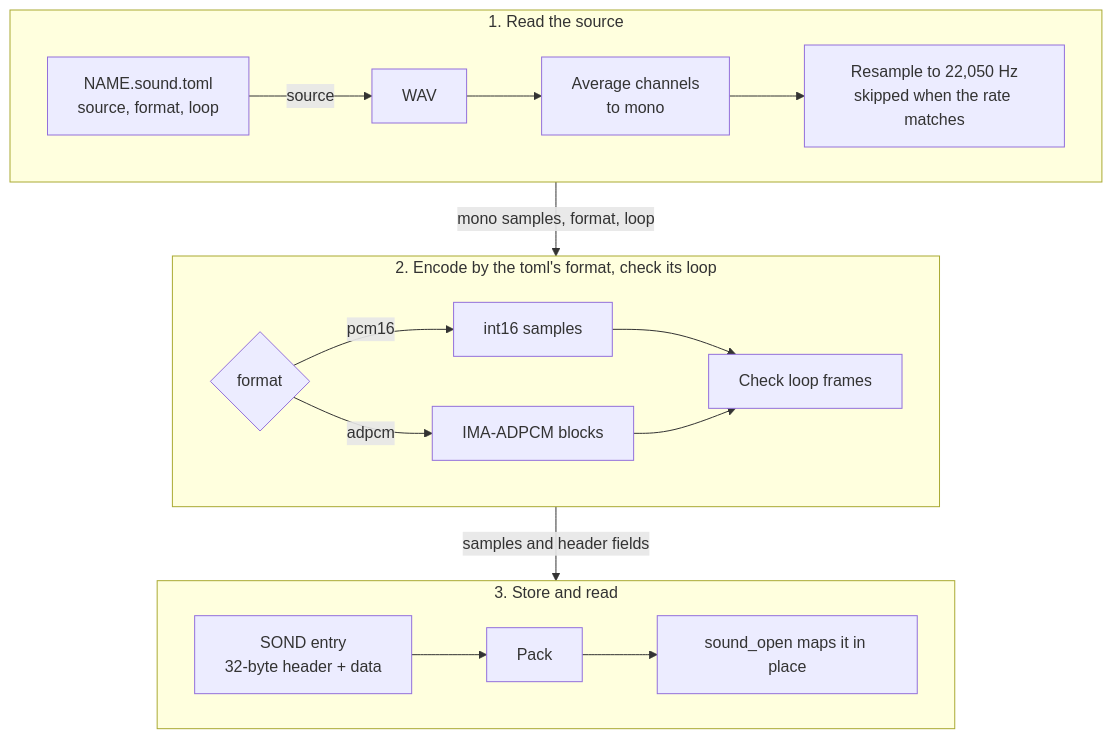
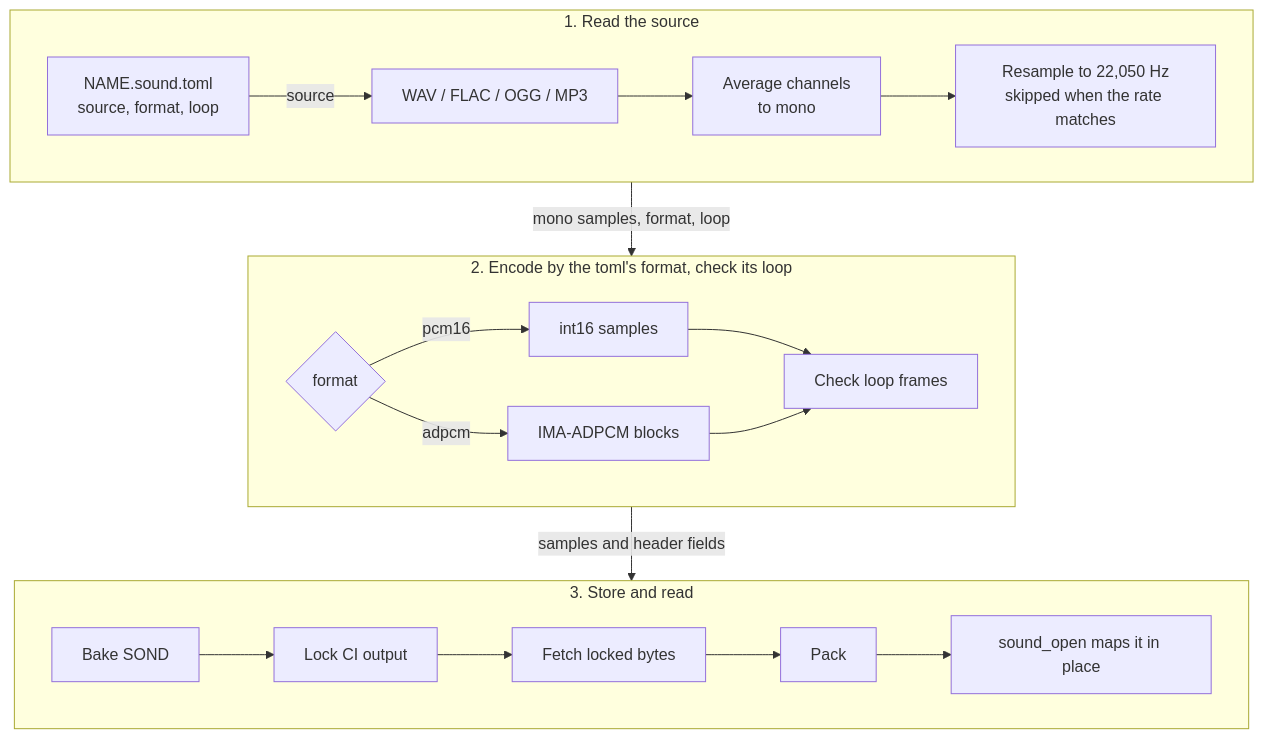
One commit to jose-villegas/autana changed the fourth of 4 diagrams in docs/audio/Sound-Assets.md. Above: the diagram before and after it, drawn with Mermaid. The commit also changed other lines of this file and 59 other files, not shown here.

First line of the commit message:
sound: bake every sound (WAV/FLAC/OGG/MP3) and play from any pack (cvt.16 M1) (#1132)

````diff
--- a/docs/audio/Sound-Assets.md
+++ b/docs/audio/Sound-Assets.md
@@ -104,23 +142,25 @@
 ```mermaid
 flowchart TB
     subgraph Source["1. Read the source"]
         direction LR
-        T["NAME.sound.toml<br/>source, format, loop"] -->|source| W[WAV]
+        T["NAME.sound.toml<br/>source, format, loop"] -->|source| W["WAV / FLAC / OGG / MP3"]
         W --> M[Average channels<br/>to mono]
         M --> R["Resample to 22,050 Hz<br/>skipped when the rate matches"]
     end
     subgraph Encode["2. Encode by the toml's format, check its loop"]
         direction LR
         F{format} -->|pcm16| P[int16 samples]
         F -->|adpcm| A[IMA-ADPCM blocks]
         P --> L[Check loop frames]
         A --> L
     end
     subgraph Use["3. Store and read"]
         direction LR
-        S["SOND entry<br/>32-byte header + data"] --> K[Pack]
+        S["Bake SOND"] --> Lk["Lock CI output"]
+        Lk --> Ft["Fetch locked bytes"]
+        Ft --> K[Pack]
         K --> O[sound_open maps it in place]
     end
     Source -->|mono samples, format, loop| Encode
     Encode -->|samples and header fields| Use
 ```
````
